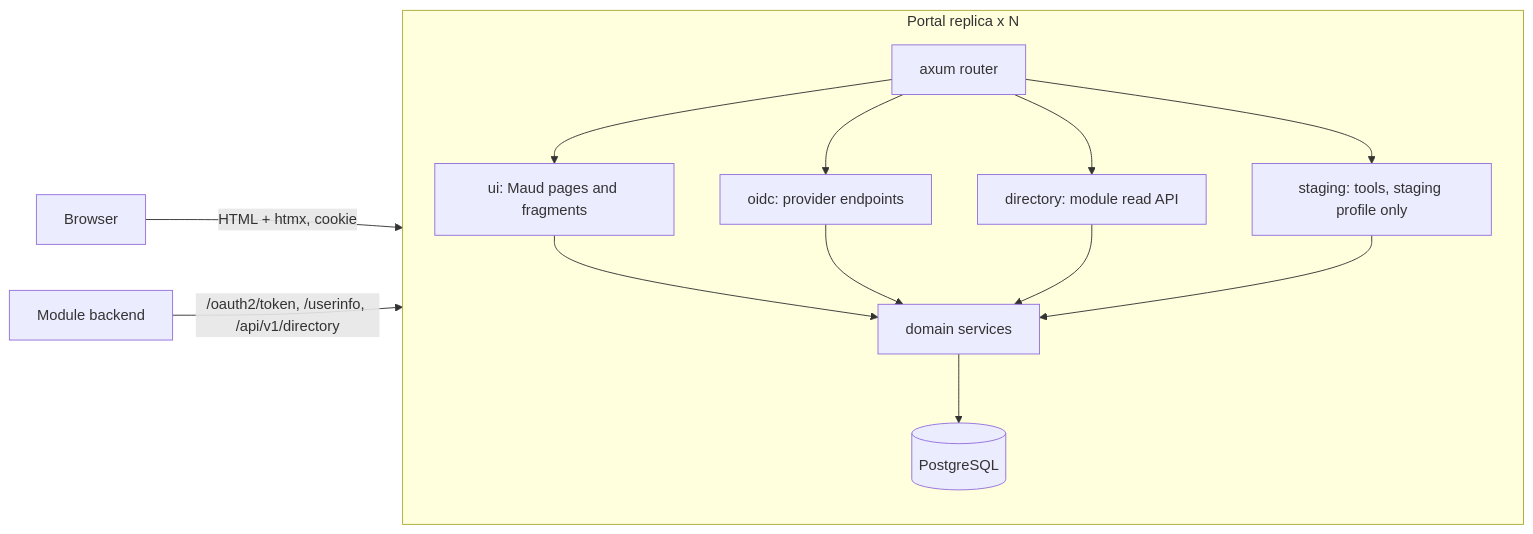
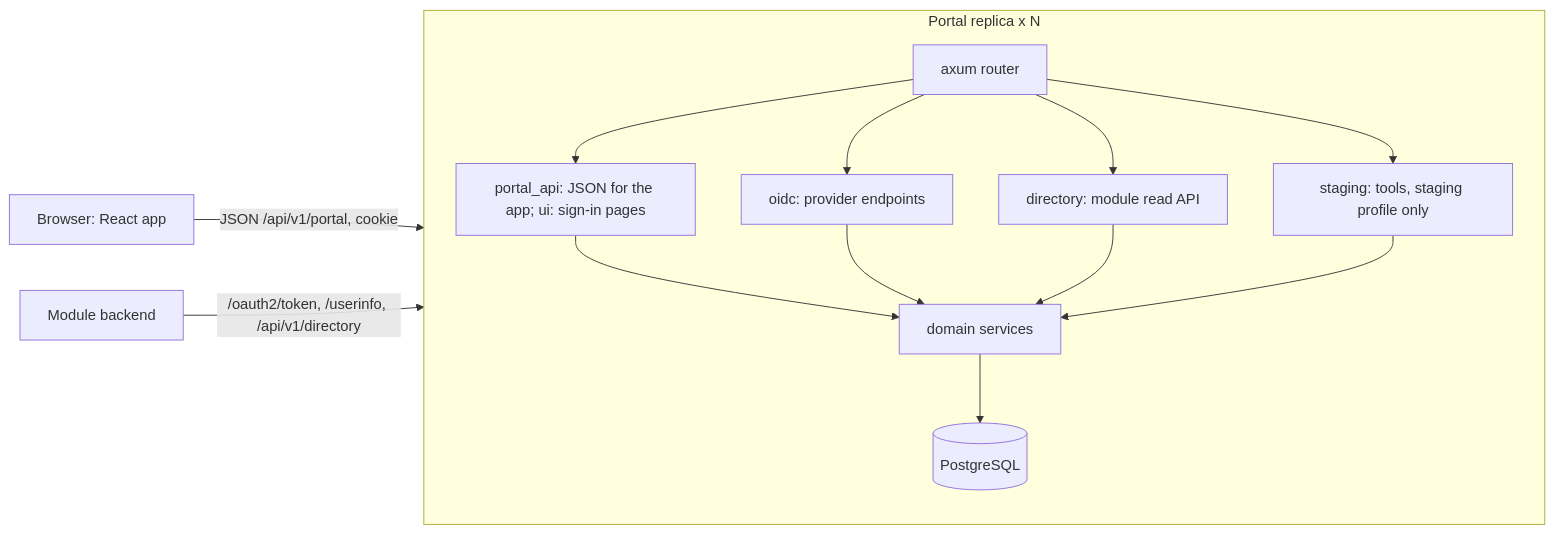
One commit to Alex-Tsvetanov/unicloud-portal changed the first of 2 diagrams in openspec/changes/rust-rewrite/design.md. Above: the diagram before and after it, drawn with Mermaid. The commit also changed other lines of this file and 92 other files, not shown here.

First line of the commit message:
feat: React UI over a JSON API, and @unicloud/ui for other teams

````diff
--- a/openspec/changes/rust-rewrite/design.md
+++ b/openspec/changes/rust-rewrite/design.md
@@ -14,13 +14,13 @@
 ```mermaid
 flowchart LR
-    B[Browser] -->|HTML + htmx, cookie| P
+    B[Browser: React app] -->|JSON /api/v1/portal, cookie| P
     M[Module backend] -->|/oauth2/token, /userinfo, /api/v1/directory| P
     subgraph P[Portal replica x N]
-      R[axum router] --> UI[ui: Maud pages and fragments]
+      R[axum router] --> UI[portal_api: JSON for the app; ui: sign-in pages]
       R --> OP[oidc: provider endpoints]
       R --> DIR[directory: module read API]
       R --> ST[staging: tools, staging profile only]
       UI & OP & DIR & ST --> D[domain services]
       D --> DB[(PostgreSQL)]
     end
 ```
````
